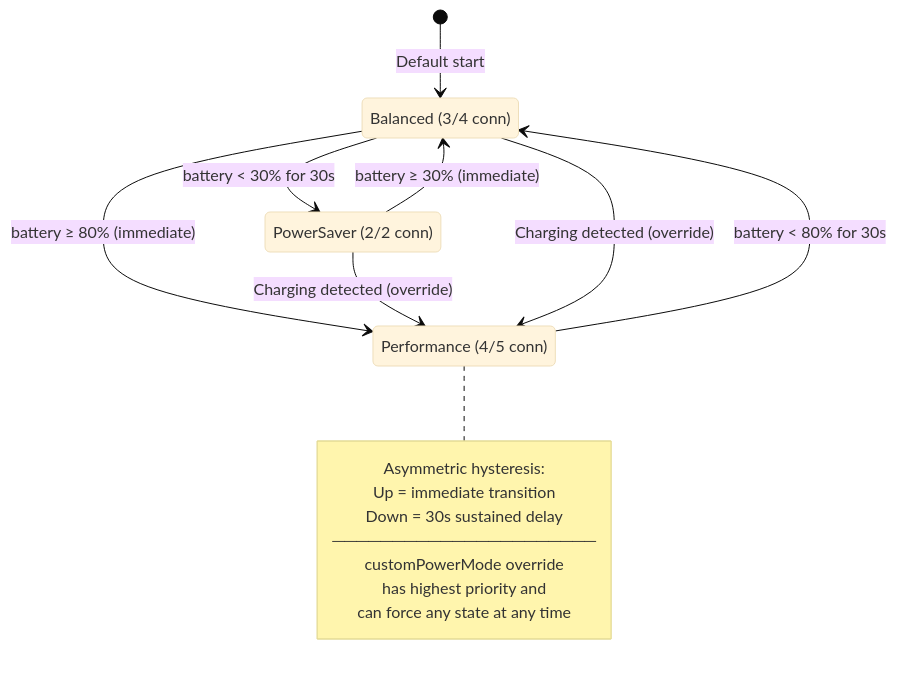
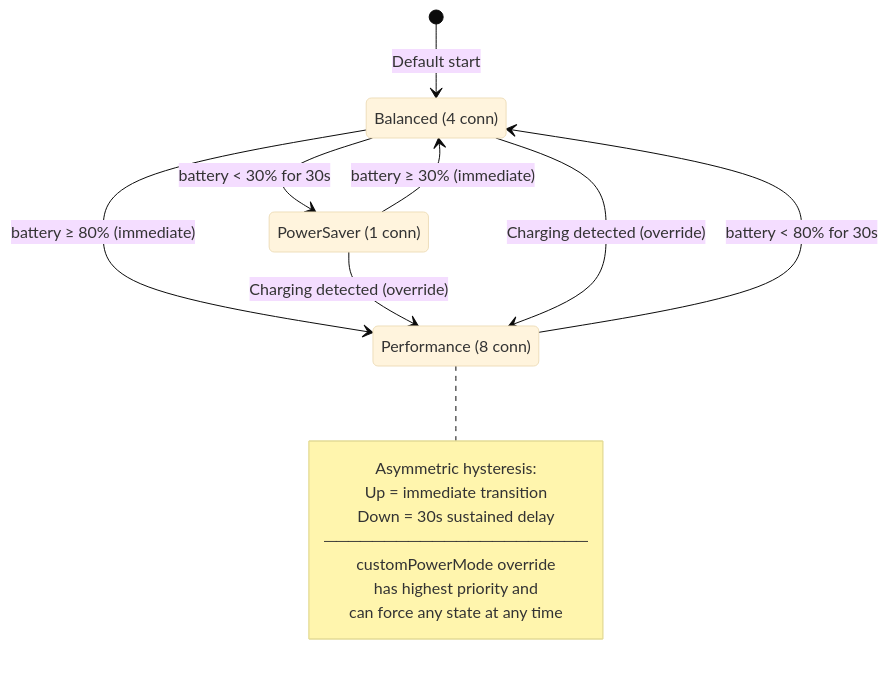
Diagram 17 of 18 in docs/design.md (trancee/MeshLink), drawn with Mermaid (base theme) before and after one commit. The commit also changed other lines of this file and 1 other file, not shown here.

Commit message:
feat: update route addition method to include sequence number for route freshness

````diff
--- a/docs/design.md
+++ b/docs/design.md
@@ -1560,30 +1560,30 @@
 ```mermaid
 stateDiagram-v2
     [*] --> Balanced : Default start
 
-    state "Performance (4/5 conn)" as Performance
-    state "Balanced (3/4 conn)" as Balanced
-    state "PowerSaver (2/2 conn)" as PowerSaver
+    state "Performance (8 conn)" as Performance
+    state "Balanced (4 conn)" as Balanced
+    state "PowerSaver (1 conn)" as PowerSaver
 
     %% Upward transitions — immediate (no hysteresis)
     PowerSaver --> Balanced : battery ≥ 30% (immediate)
     Balanced --> Performance : battery ≥ 80% (immediate)
 
     %% Downward transitions — 30s hysteresis delay
     Performance --> Balanced : battery < 80% for 30s
     Balanced --> PowerSaver : battery < 30% for 30s
 
     %% Charging override — any state to Performance
     PowerSaver --> Performance : Charging detected (override)
     Balanced --> Performance : Charging detected (override)
 
     note right of Performance
         Asymmetric hysteresis:
         Up = immediate transition
         Down = 30s sustained delay
         ──────────────────────
         customPowerMode override
         has highest priority and
         can force any state at any time
     end note
 ```
````
